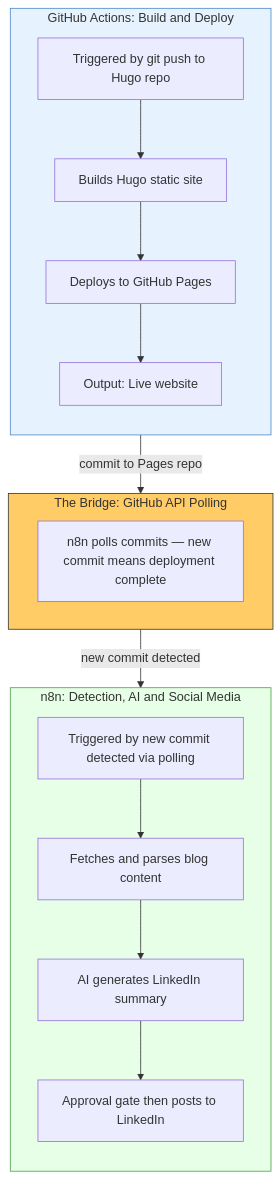
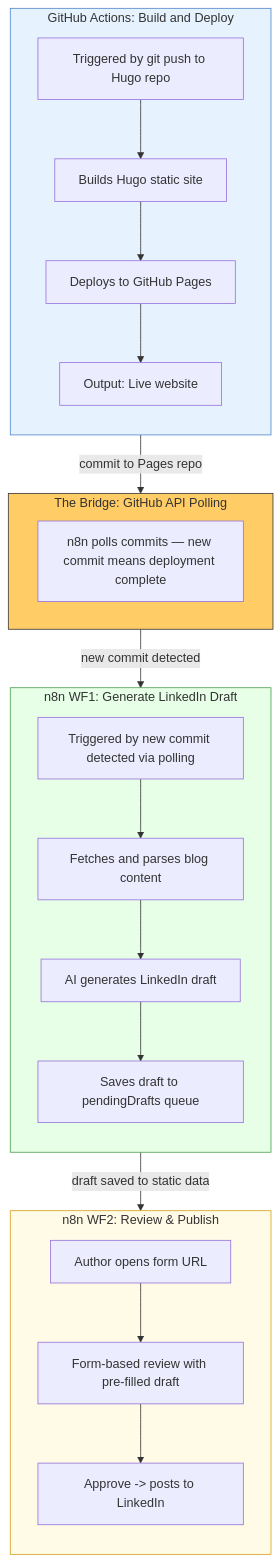
One commit to thatsmeadarsh/n8n-powered-auto-web-publish changed the sixth of 7 diagrams in docs/architecture.md. Above: the diagram before and after it, drawn with Mermaid. The commit also changed other lines of this file and 7 other files, not shown here.

First line of the commit message:
Add two-workflow architecture with form-based review

````diff
--- a/docs/architecture.md
+++ b/docs/architecture.md
@@ -287,31 +355,41 @@
 ```mermaid
 graph TB
     subgraph Bridge["The Bridge: GitHub API Polling"]
         FW["n8n polls commits — new commit means deployment complete"]
     end
 
     subgraph GitHubActions["GitHub Actions: Build and Deploy"]
         direction TB
         GA1["Triggered by git push to Hugo repo"]
         GA2["Builds Hugo static site"]
         GA3["Deploys to GitHub Pages"]
         GA4["Output: Live website"]
         GA1 --> GA2 --> GA3 --> GA4
     end
 
-    subgraph n8nWorkflow["n8n: Detection, AI and Social Media"]
+    subgraph n8nWF1["n8n WF1: Generate LinkedIn Draft"]
         direction TB
         N1["Triggered by new commit detected via polling"]
         N2["Fetches and parses blog content"]
-        N3["AI generates LinkedIn summary"]
-        N4["Approval gate then posts to LinkedIn"]
+        N3["AI generates LinkedIn draft"]
+        N4["Saves draft to pendingDrafts queue"]
         N1 --> N2 --> N3 --> N4
     end
 
+    subgraph n8nWF2["n8n WF2: Review & Publish"]
+        direction TB
+        N5["Author opens form URL"]
+        N6["Form-based review with pre-filled draft"]
+        N7["Approve -> posts to LinkedIn"]
+        N5 --> N6 --> N7
+    end
+
     GitHubActions -->|"commit to Pages repo"| Bridge
-    Bridge -->|"new commit detected"| n8nWorkflow
+    Bridge -->|"new commit detected"| n8nWF1
+    n8nWF1 -->|"draft saved to static data"| n8nWF2
 
     style Bridge fill:#ffcc66,stroke:#333
     style GitHubActions fill:#e6f3ff,stroke:#4a86c8
-    style n8nWorkflow fill:#e6ffe6,stroke:#4a9e4a
+    style n8nWF1 fill:#e6ffe6,stroke:#4a9e4a
+    style n8nWF2 fill:#fffbe6,stroke:#d4a017
 ```
````
